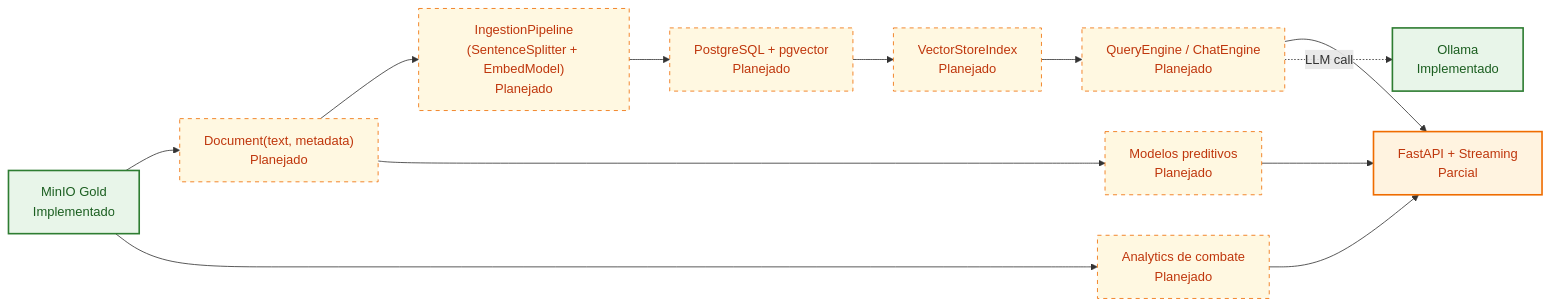
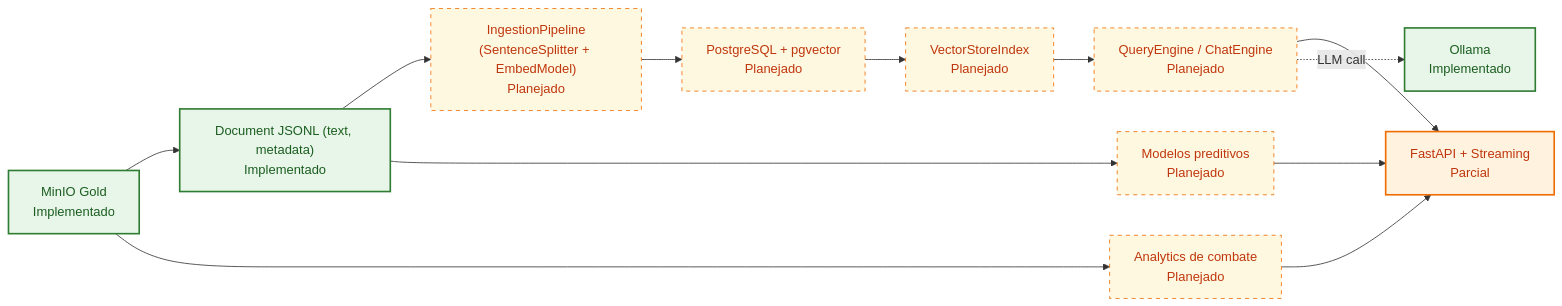
One commit to pedroandrade03/rag-intelligence changed the third of 4 diagrams in README.md. Above: the diagram before and after it, drawn with Mermaid. The commit also changed other lines of this file and 12 other files, not shown here.

````diff
--- a/README.md
+++ b/README.md
@@ -131,26 +131,26 @@
 ```mermaid
 flowchart LR
     gold["MinIO Gold<br/>Implementado"]
-    docs["Document(text, metadata)<br/>Planejado"]
+    docs["Document JSONL (text, metadata)<br/>Implementado"]
     ingest["IngestionPipeline<br/>(SentenceSplitter + EmbedModel)<br/>Planejado"]
     pgvector["PostgreSQL + pgvector<br/>Planejado"]
     index["VectorStoreIndex<br/>Planejado"]
     query["QueryEngine / ChatEngine<br/>Planejado"]
     ollama["Ollama<br/>Implementado"]
     analytics["Analytics de combate<br/>Planejado"]
     models["Modelos preditivos<br/>Planejado"]
     api["FastAPI + Streaming<br/>Parcial"]
 
     gold --> docs --> ingest --> pgvector
     pgvector --> index --> query --> api
     query -.->|"LLM call"| ollama
     gold --> analytics --> api
     docs --> models --> api
 
     classDef implemented fill:#e8f5e9,stroke:#2e7d32,color:#1b5e20,stroke-width:2px;
     classDef planned fill:#fff8e1,stroke:#ef6c00,color:#bf360c,stroke-dasharray: 5 5;
     classDef partial fill:#fff3e0,stroke:#ef6c00,color:#bf360c,stroke-width:2px;
-    class gold,ollama implemented;
+    class gold,docs,ollama implemented;
     class api partial;
-    class docs,ingest,pgvector,index,query,analytics,models planned;
+    class ingest,pgvector,index,query,analytics,models planned;
 ```
````
